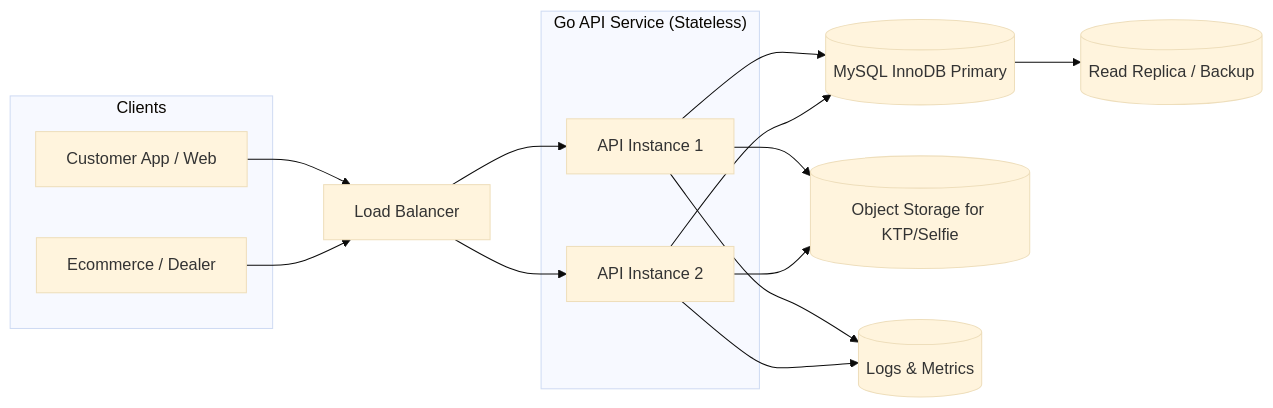
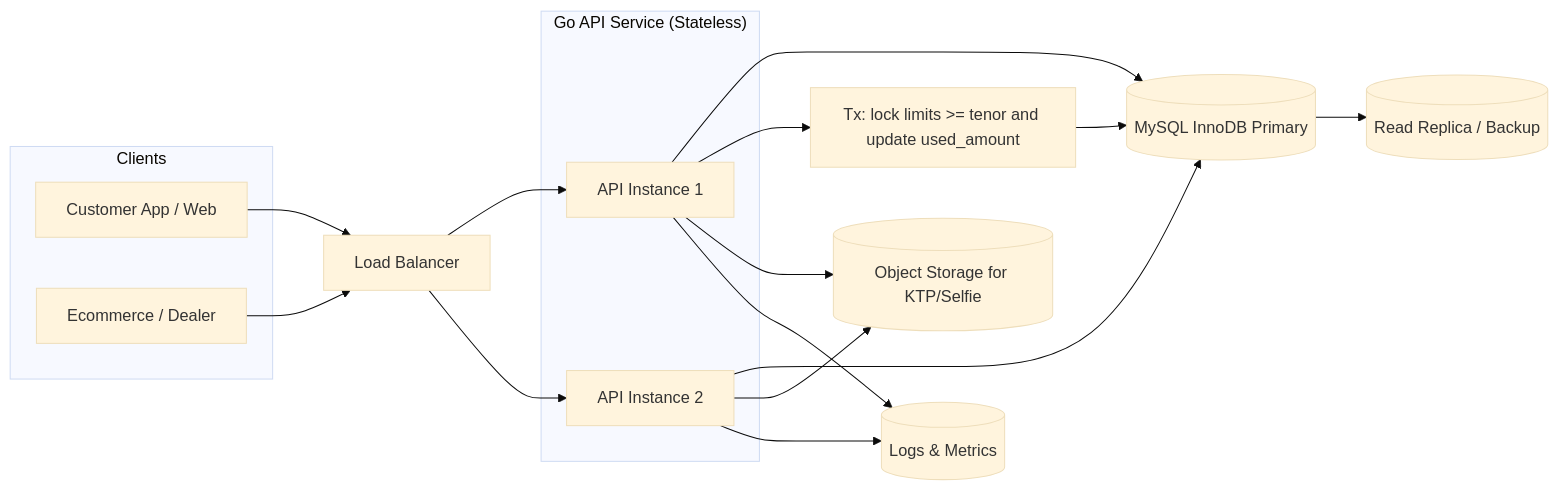
The diagram in docs/architecture.mmd (fabrianivan-id/kreditPlus-test), drawn with Mermaid (base theme) before and after one commit. The commit also changed 13 other files, not shown here.

```diff
--- a/docs/architecture.mmd
+++ b/docs/architecture.mmd
@@ -1,28 +1,32 @@
 flowchart LR
   subgraph Clients
     A[Customer App / Web]
     B[Ecommerce / Dealer]
   end
 
   A --> LB
   B --> LB
 
   LB[Load Balancer]
 
   subgraph AppLayer["Go API Service (Stateless)"]
     S1[API Instance 1]
     S2[API Instance 2]
   end
 
   LB --> S1
   LB --> S2
 
   S1 --> DB[(MySQL InnoDB Primary)]
   S2 --> DB
   DB --> DBR[(Read Replica / Backup)]
 
+  NOTE_TX["Tx: lock limits >= tenor and update used_amount"]
+  S1 --> NOTE_TX
+  NOTE_TX --> DB
+
   S1 --> OBJ[(Object Storage for KTP/Selfie)]
   S2 --> OBJ
 
   S1 --> OBS[(Logs & Metrics)]
   S2 --> OBS
```
